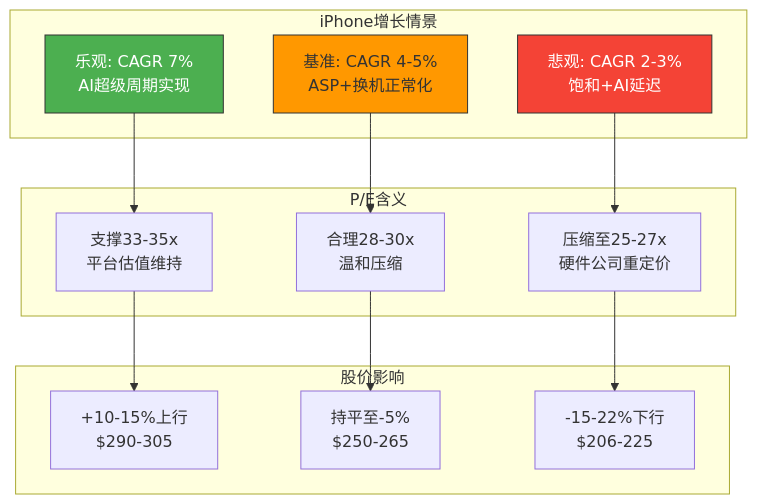
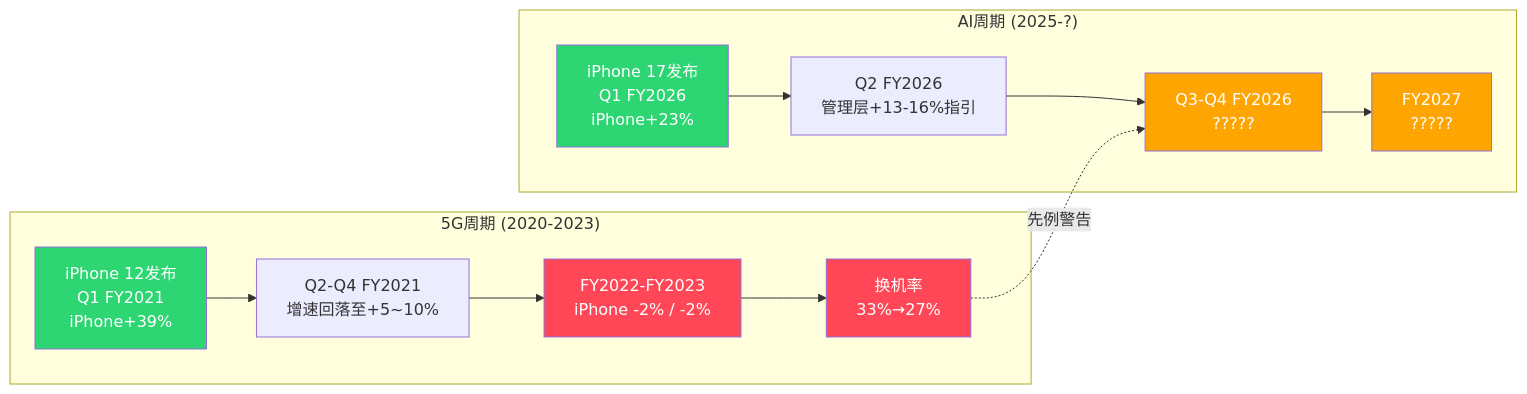
Before and after one commit to miltonnewyork25-afk/investment-master: the sixth of 6 diagrams in reports/AAPL/staging/AAPL_P1_AgentB.md, drawn with Mermaid. The commit also changed other lines of this file and 2 other files, not shown here.

````diff
--- a/reports/AAPL/staging/AAPL_P1_AgentB.md
+++ b/reports/AAPL/staging/AAPL_P1_AgentB.md
@@ -644,28 +798,23 @@
 ```mermaid
-graph TD
-    subgraph iPhone增长情景
-        A[乐观: CAGR 7%<br/>AI超级周期实现]
-        B[基准: CAGR 4-5%<br/>ASP+换机正常化]
-        C[悲观: CAGR 2-3%<br/>饱和+AI延迟]
+graph LR
+    subgraph "5G周期 (2020-2023)"
+        5G1[iPhone 12发布<br/>Q1 FY2021<br/>iPhone+39%] --> 5G2[Q2-Q4 FY2021<br/>增速回落至+5~10%]
+        5G2 --> 5G3[FY2022-FY2023<br/>iPhone -2% / -2%]
+        5G3 --> 5G4[换机率<br/>33%→27%]
     end
 
-    subgraph P/E含义
-        D[支撑33-35x<br/>平台估值维持]
-        E[合理28-30x<br/>温和压缩]
-        F[压缩至25-27x<br/>硬件公司重定价]
+    subgraph "AI周期 (2025-?)"
+        AI1[iPhone 17发布<br/>Q1 FY2026<br/>iPhone+23%] --> AI2[Q2 FY2026<br/>管理层+13-16%指引]
+        AI2 --> AI3[Q3-Q4 FY2026<br/>?????]
+        AI3 --> AI4[FY2027<br/>?????]
     end
 
-    subgraph 股价影响
-        G[+10-15%上行<br/>$290-305]
-        H[持平至-5%<br/>$250-265]
-        I[-15-22%下行<br/>$206-225]
-    end
+    5G4 -.->|先例警告| AI3
 
-    A --> D --> G
-    B --> E --> H
-    C --> F --> I
-
-    style A fill:#4CAF50,stroke:#333,color:#fff
-    style B fill:#FF9800,stroke:#333
-    style C fill:#f44336,stroke:#333,color:#fff
+    style 5G1 fill:#2ed573,color:#fff
+    style 5G3 fill:#ff4757,color:#fff
+    style 5G4 fill:#ff4757,color:#fff
+    style AI1 fill:#2ed573,color:#fff
+    style AI3 fill:#ffa502,color:#fff
+    style AI4 fill:#ffa502,color:#fff
 ```
````
